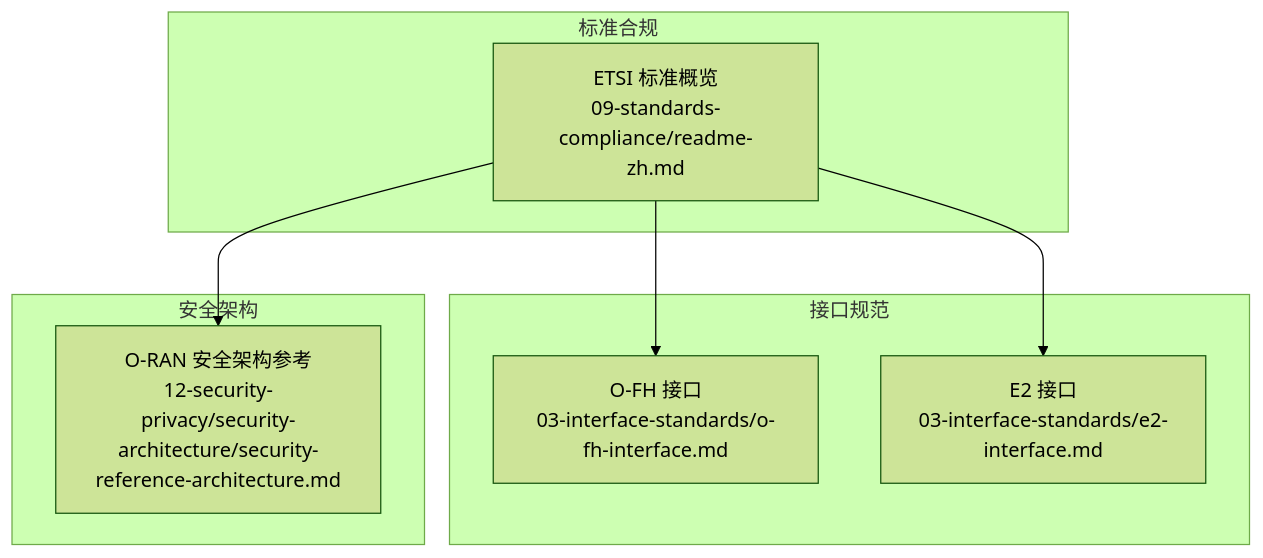
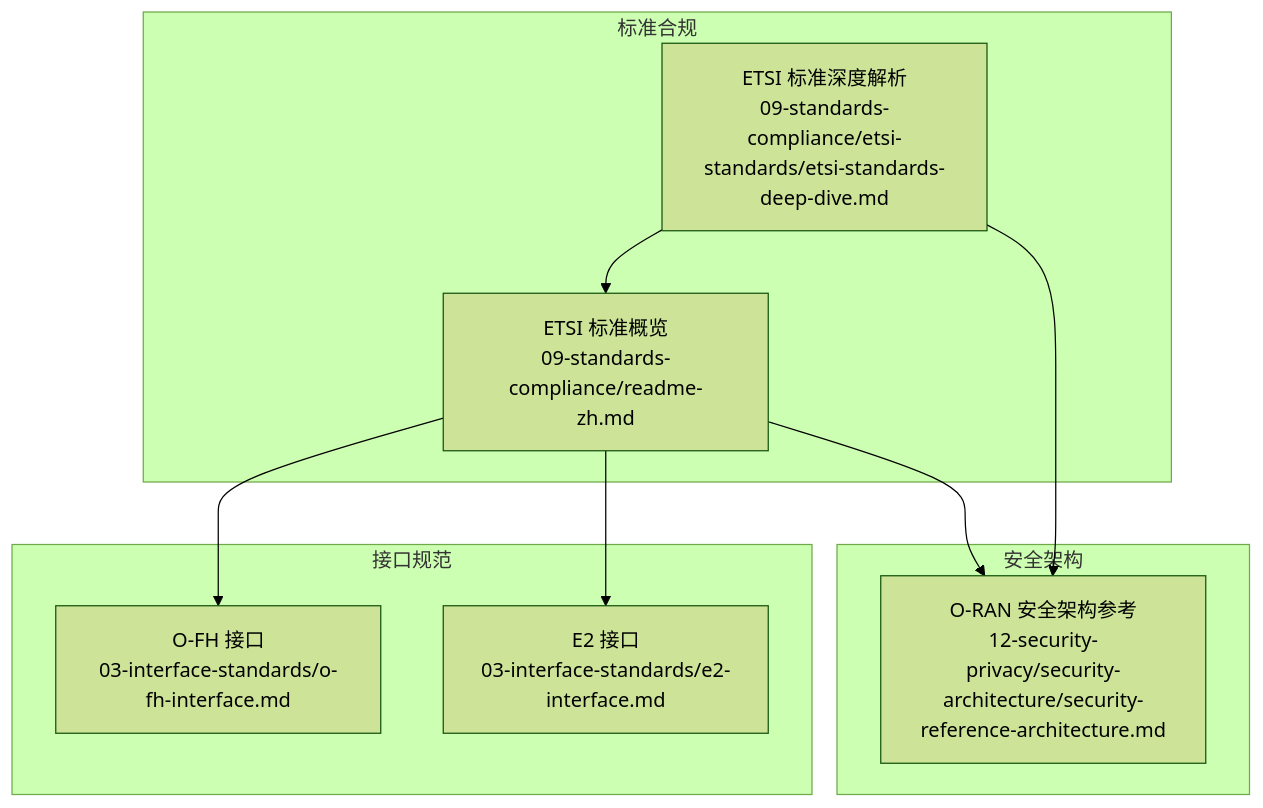
The first of 6 diagrams in .qoder/repowiki/zh/content/标准与合规/ETSI标准详解.md (allengaller/oran-database), drawn with Mermaid (forest theme) before and after one commit. The commit also changed other lines of this file and 32 other files, not shown here.

````diff
--- a/.qoder/repowiki/zh/content/标准与合规/ETSI标准详解.md
+++ b/.qoder/repowiki/zh/content/标准与合规/ETSI标准详解.md
@@ -36,16 +49,19 @@
 ```mermaid
 graph TB
 subgraph "接口规范"
 OFH["O-FH 接口<br/>03-interface-standards/o-fh-interface.md"]
 E2["E2 接口<br/>03-interface-standards/e2-interface.md"]
 end
 subgraph "标准合规"
 STANDARDS["ETSI 标准概览<br/>09-standards-compliance/readme-zh.md"]
+DEEP_DIVE["ETSI 标准深度解析<br/>09-standards-compliance/etsi-standards/etsi-standards-deep-dive.md"]
 end
 subgraph "安全架构"
 SEC_ARCH["O-RAN 安全架构参考<br/>12-security-privacy/security-architecture/security-reference-architecture.md"]
 end
 STANDARDS --> OFH
 STANDARDS --> E2
 STANDARDS --> SEC_ARCH
+DEEP_DIVE --> STANDARDS
+DEEP_DIVE --> SEC_ARCH
 ```
````
